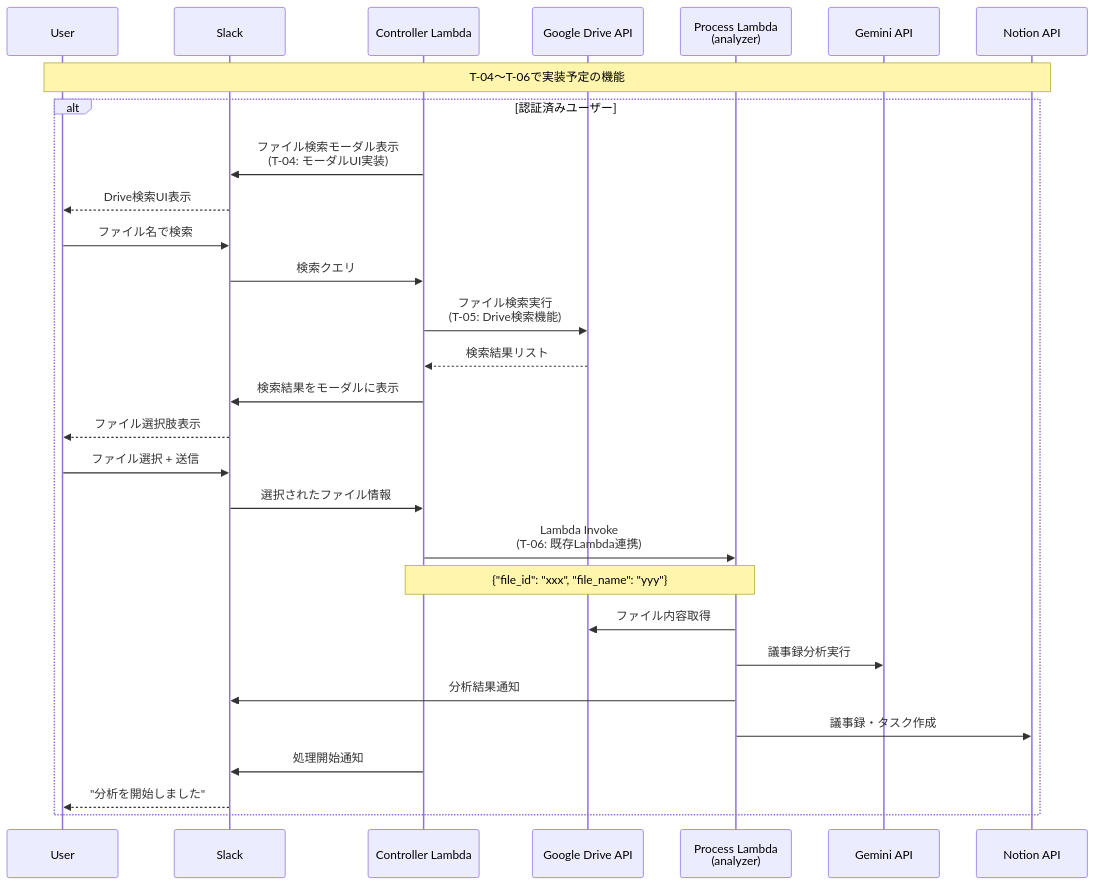
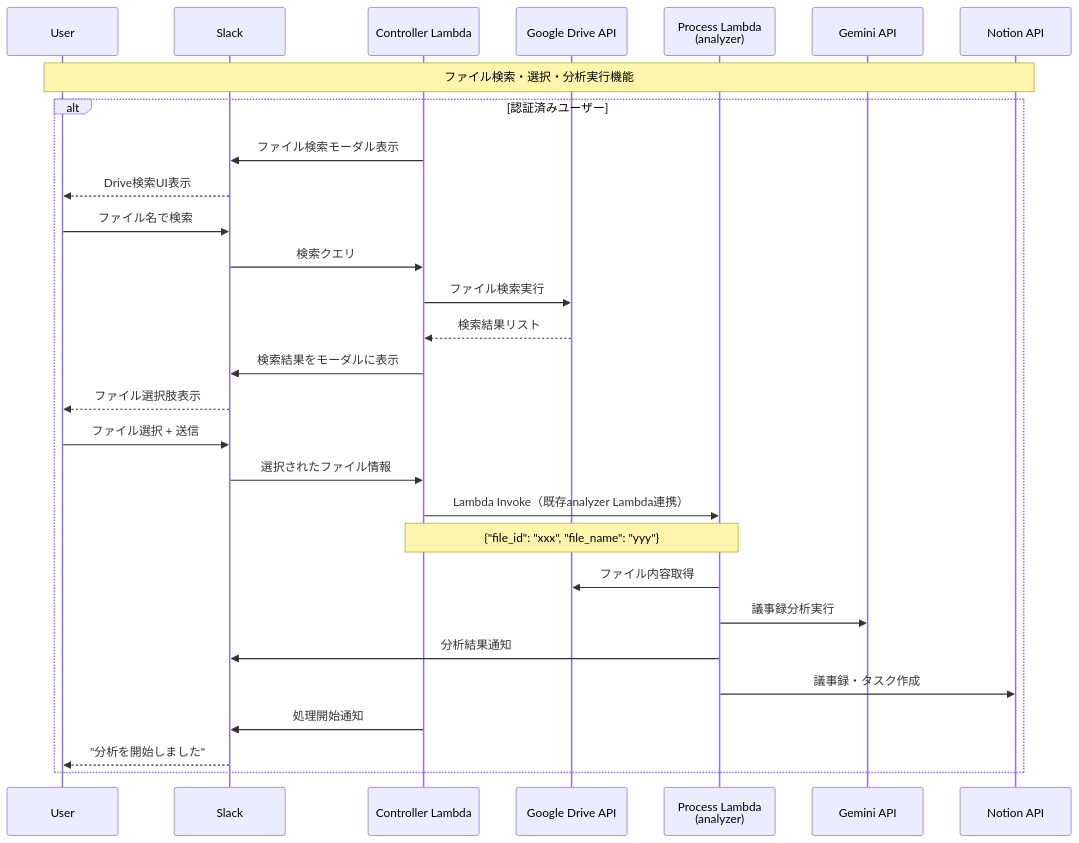
The second of 2 diagrams in docs/controller-lambda-sequence.md (PenPeen/minutes-analyzer), drawn with Mermaid before and after one commit. The commit also changed other lines of this file and 14 other files, not shown here.

````diff
--- a/docs/controller-lambda-sequence.md
+++ b/docs/controller-lambda-sequence.md
@@ -73,38 +73,38 @@
 ```mermaid
 sequenceDiagram
     participant U as User
     participant S as Slack
     participant CL as Controller Lambda
     participant GD as Google Drive API
     participant PL as Process Lambda<br/>(analyzer)
     participant GM as Gemini API
     participant N as Notion API
 
-    Note over U,N: T-04〜T-06で実装予定の機能
+    Note over U,N: ファイル検索・選択・分析実行機能
 
     %% 認証済みユーザーのフロー
     alt 認証済みユーザー
-        CL->>S: ファイル検索モーダル表示<br/>(T-04: モーダルUI実装)
+        CL->>S: ファイル検索モーダル表示
         S-->>U: Drive検索UI表示
 
         U->>S: ファイル名で検索
         S->>CL: 検索クエリ
-        CL->>GD: ファイル検索実行<br/>(T-05: Drive検索機能)
+        CL->>GD: ファイル検索実行
         GD-->>CL: 検索結果リスト
         CL->>S: 検索結果をモーダルに表示
         S-->>U: ファイル選択肢表示
 
         U->>S: ファイル選択 + 送信
         S->>CL: 選択されたファイル情報
-        CL->>PL: Lambda Invoke<br/>(T-06: 既存Lambda連携)
+        CL->>PL: Lambda Invoke（既存analyzer Lambda連携）
         Note over CL,PL: {"file_id": "xxx", "file_name": "yyy"}
 
         PL->>GD: ファイル内容取得
         PL->>GM: 議事録分析実行
         PL->>S: 分析結果通知
         PL->>N: 議事録・タスク作成
 
         CL->>S: 処理開始通知
         S-->>U: "分析を開始しました"
     end
 ```
````
